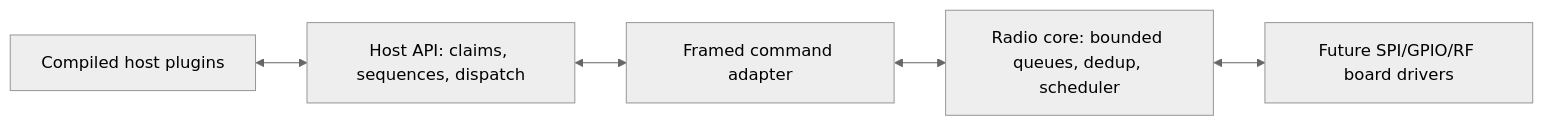
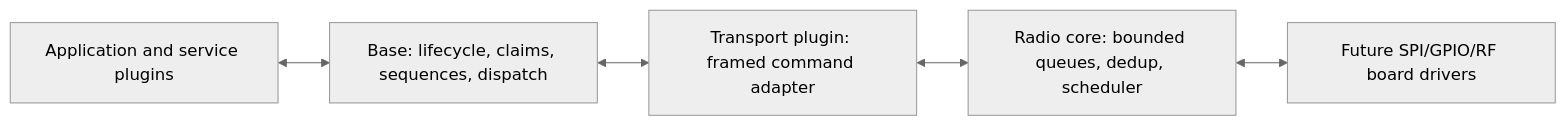
Before and after one commit to juicebox6030/Nova-Link: the diagram in docs/Architecture.md, drawn with Mermaid (neutral theme). The commit also changed other lines of this file and 56 other files, not shown here.

````diff
--- a/docs/Architecture.md
+++ b/docs/Architecture.md
@@ -8,7 +8,7 @@
 ```mermaid
 flowchart LR
-    P[Compiled host plugins] <--> H[Host API: claims, sequences, dispatch]
-    H <--> T[Framed command adapter]
+    P[Application and service plugins] <--> H[Base: lifecycle, claims, sequences, dispatch]
+    H <--> T[Transport plugin: framed command adapter]
     T <--> R[Radio core: bounded queues, dedup, scheduler]
     R <--> PHY[Future SPI/GPIO/RF board drivers]
 ```
````
